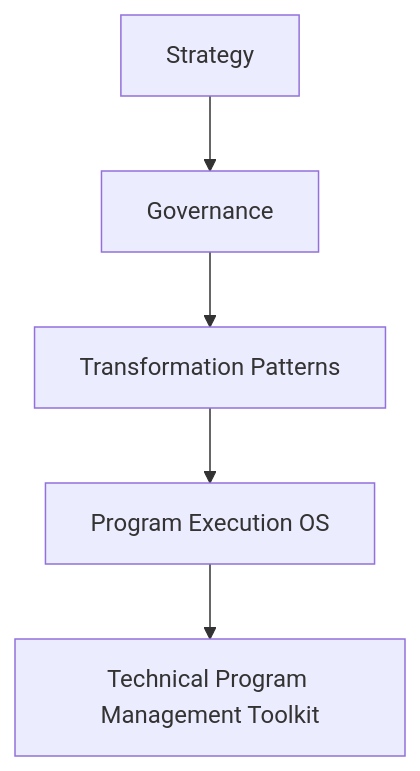
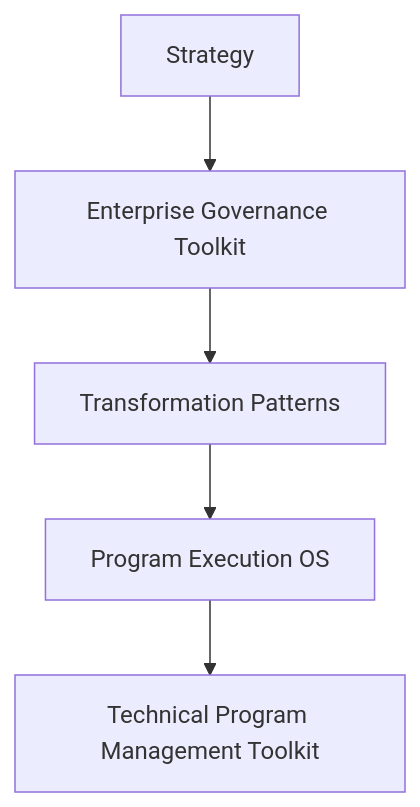
Before and after one commit to somerwalker/technical-program-management-toolkit: the second of 2 diagrams in README.md, drawn with Mermaid. The commit also changed other lines of this file, not shown here.

````diff
--- a/README.md
+++ b/README.md
@@ -138,9 +148,9 @@
 ```mermaid
 flowchart TB
 
 Strategy[Strategy]
---> Governance[Governance]
+--> Governance[Enterprise Governance Toolkit]
 --> Patterns[Transformation Patterns]
 --> Execution[Program Execution OS]
 --> Delivery[Technical Program Management Toolkit]
 ```
````
